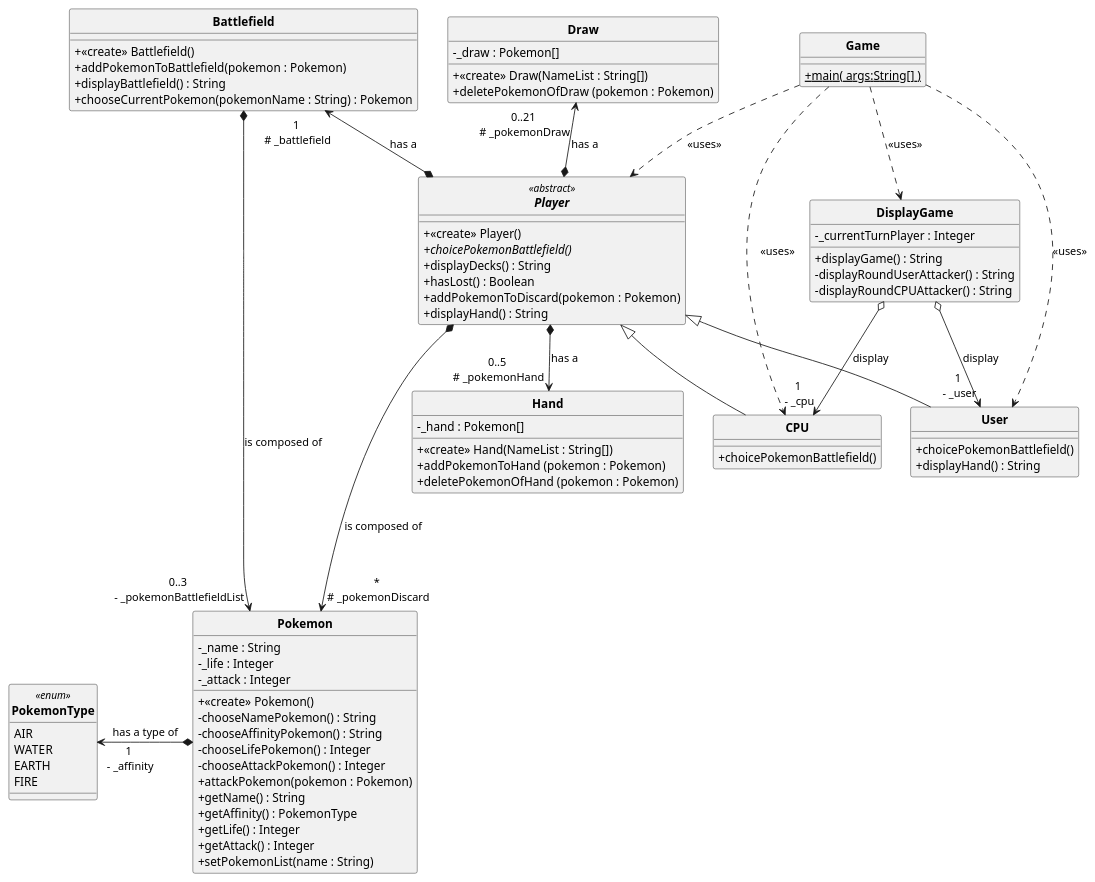
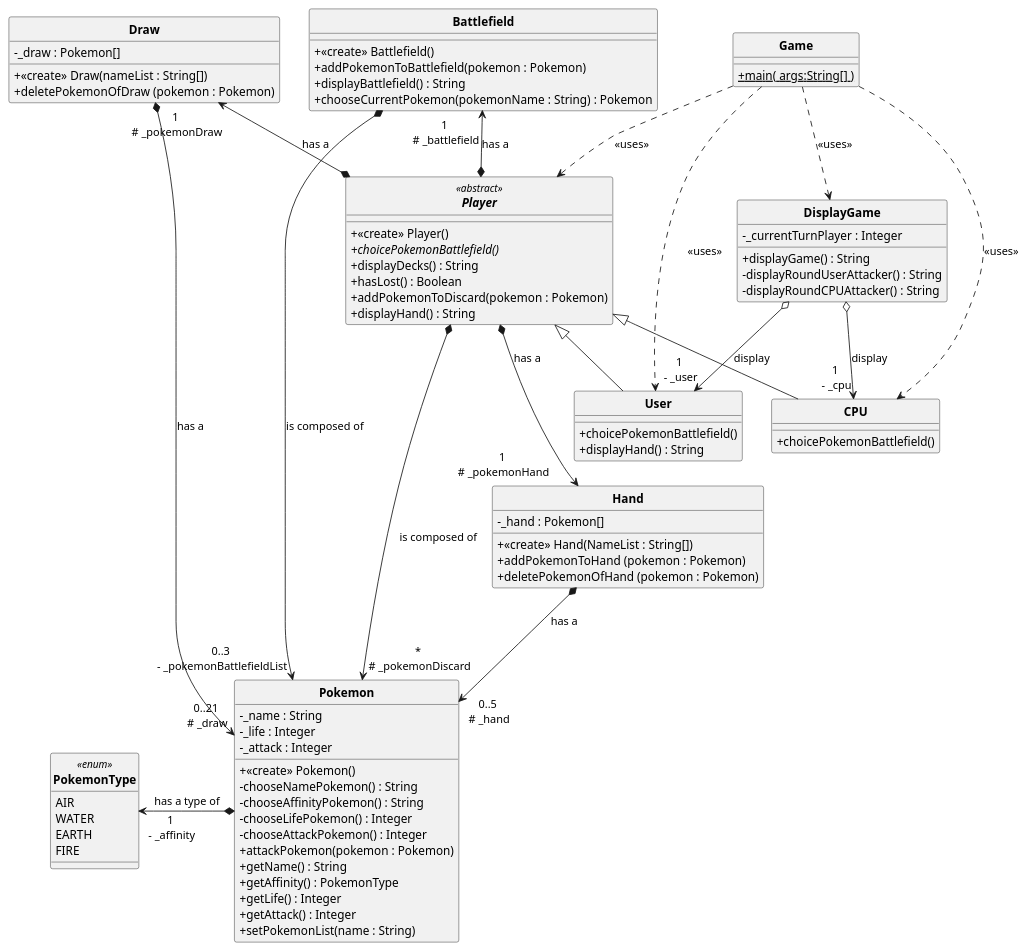
One commit to vfletschinger/Pokemon_Project changed the diagram in uml/semaine1.puml. Above: the diagram before and after it, drawn with PlantUML. The commit also changed 1 other file, not shown here.

Commit message:
Ajout de la classe Draw + modif uml

```diff
--- a/uml/semaine1.puml
+++ b/uml/semaine1.puml
@@ -1,101 +1,103 @@
  @startuml
 'https://plantuml.com/sequence-diagram
 
 
 'configuration du style
 skinparam style strictuml
 skinparam classAttributeIconSize 0
 skinparam classFontStyle Bold
 
 
 class Game {
 	+ {static} main( args:String[] )
 }
 
 class Pokemon {
     - _name : String
     - _life : Integer
     - _attack : Integer
     + <<create>> Pokemon()
     - chooseNamePokemon() : String
     - chooseAffinityPokemon() : String
     - chooseLifePokemon() : Integer
     - chooseAttackPokemon() : Integer
     + attackPokemon(pokemon : Pokemon)
     + getName() : String
     + getAffinity() : PokemonType
     + getLife() : Integer
     + getAttack() : Integer
     + setPokemonList(name : String)
 }
 
 enum PokemonType <<enum>>{
     AIR
     WATER
     EARTH
     FIRE
 }
 'On pourrait contenir cette énumération comme des "sous classes" de Pokemon'
 
 
 abstract class Player <<abstract>> {
     + <<create>> Player()
     + {abstract} choicePokemonBattlefield()
     + displayDecks() : String
     + hasLost() : Boolean
     + addPokemonToDiscard(pokemon : Pokemon)
     + displayHand() : String
 }
 
 class User extends Player {
     + choicePokemonBattlefield()
     + displayHand() : String
 }
 
 class CPU extends Player {
     + choicePokemonBattlefield()
 }
 
 class Battlefield {
     + <<create>> Battlefield()
     + addPokemonToBattlefield(pokemon : Pokemon)
     + displayBattlefield() : String
     + chooseCurrentPokemon(pokemonName : String) : Pokemon
 }
 
 class DisplayGame {
     - _currentTurnPlayer : Integer
     + displayGame() : String
     - displayRoundUserAttacker() : String
     - displayRoundCPUAttacker() : String
 }
 
 class Draw{
     - _draw : Pokemon[]
-    +<<create>> Draw(NameList : String[])
+    +<<create>> Draw(nameList : String[])
     + deletePokemonOfDraw (pokemon : Pokemon)
 }
 
 class Hand{
     - _hand : Pokemon[]
     +<<create>> Hand(NameList : String[])
     + addPokemonToHand (pokemon : Pokemon)
     + deletePokemonOfHand (pokemon : Pokemon)
 }
 
 Player *-u-> "1\n # _battlefield" Battlefield : "has a"
-Player *-u-> "0..21\n # _pokemonDraw" Draw : "has a"
+Player *-u-> "1\n # _pokemonDraw" Draw : "has a"
 Player *-d---> "*\n # _pokemonDiscard" Pokemon : "is composed of"
-Player *--> "0..5\n # _pokemonHand" Hand : "has a"
+Player *--> "1\n # _pokemonHand" Hand : "has a"
+Draw *--> "0..21\n # _draw" Pokemon : "has a"
+Hand *--> "0..5\n # _hand" Pokemon : "has a"
 Battlefield *--> "0..3\n - _pokemonBattlefieldList" Pokemon : "is composed of"
 DisplayGame o--> "1\n - _user" User : "display"
 DisplayGame o--> "1\n - _cpu" CPU : "display"
 Pokemon *-l-> "1\n - _affinity" PokemonType : "has a type of"
 
 Game .d.> Player : <<uses>>
 Game .d.> DisplayGame : <<uses>>
 Game .d.> CPU : <<uses>>
 Game .d.> User : <<uses>>
 
 
 @enduml
```
